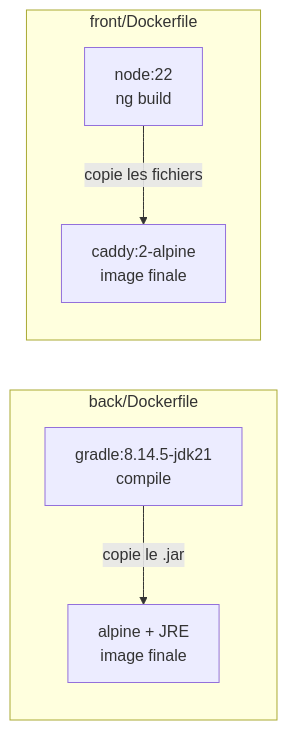
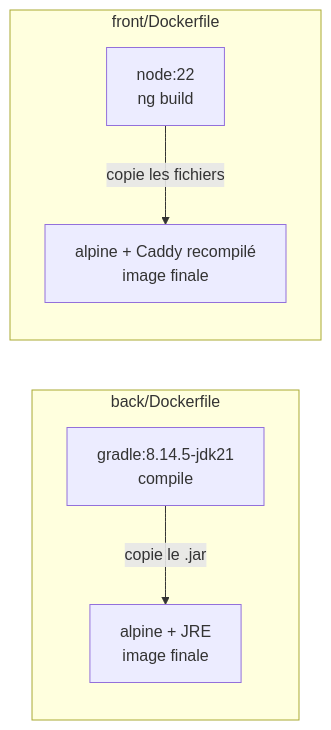
One commit to TedPasquiet/G-rez-le-cycle-de-vie-de-d-veloppement-logiciel changed the third of 8 diagrams in ARCHITECTURE.md. Above: the diagram before and after it, drawn with Mermaid. The commit also changed other lines of this file and 14 other files, not shown here.

Commit message:
fix(images): monte Spring Boot de 3.2.5 à 3.5.16 et recompile Caddy pour fermer les CVE

````diff
--- a/ARCHITECTURE.md
+++ b/ARCHITECTURE.md
@@ -70,9 +70,9 @@
 ```mermaid
 flowchart LR
     subgraph back_build["back/Dockerfile"]
         g["gradle:8.14.5-jdk21<br/>compile"] -->|"copie le .jar"| ba["alpine + JRE<br/>image finale"]
     end
     subgraph front_build["front/Dockerfile"]
-        n["node:22<br/>ng build"] -->|"copie les fichiers"| ca["caddy:2-alpine<br/>image finale"]
+        n["node:22<br/>ng build"] -->|"copie les fichiers"| ca["alpine + Caddy recompilé<br/>image finale"]
     end
 ```
````
